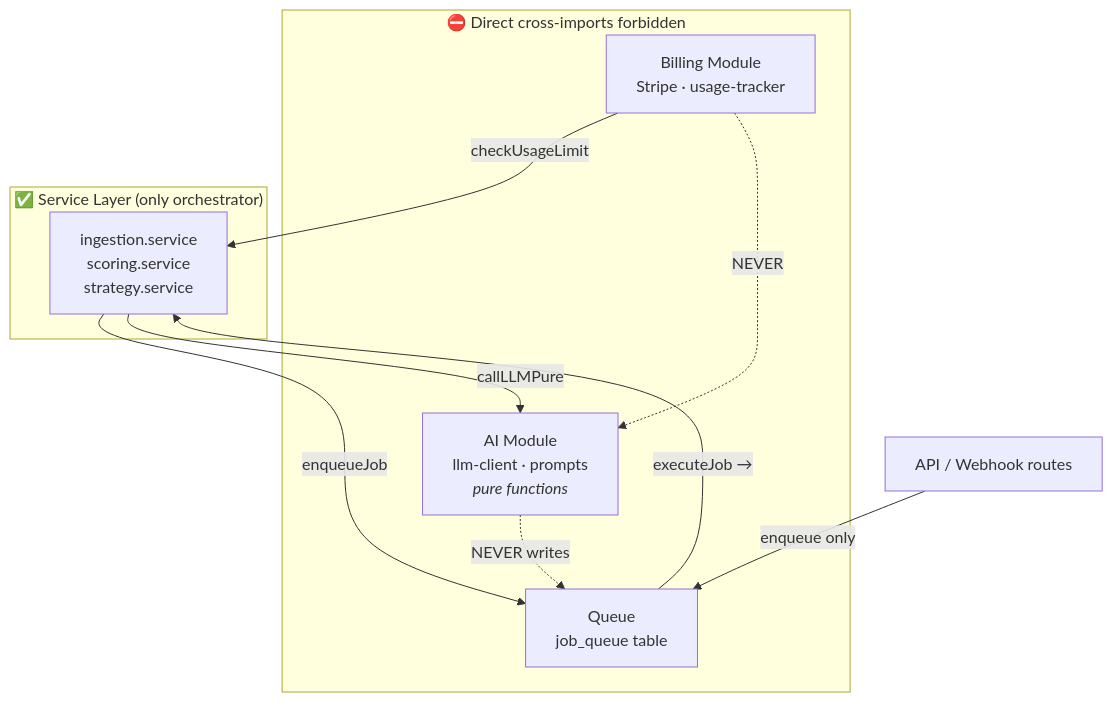
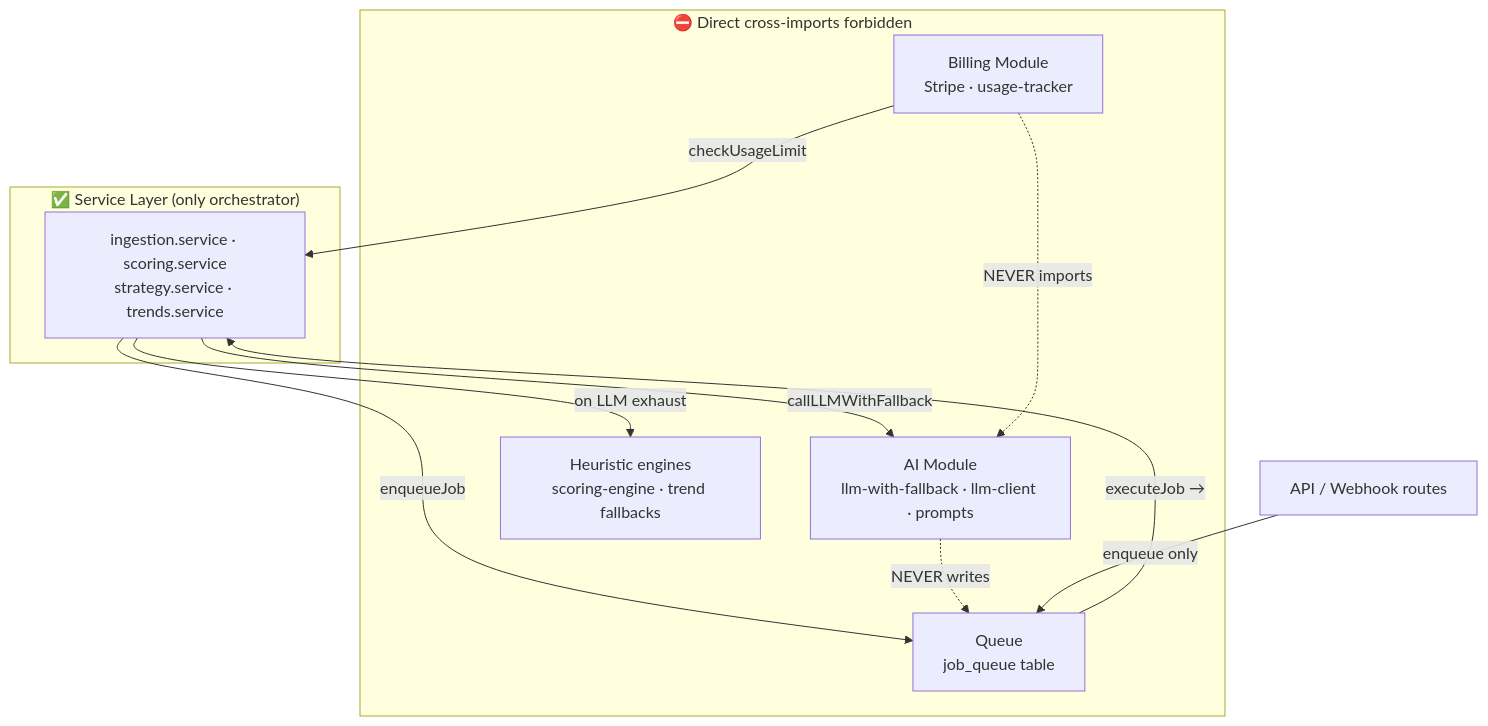
One commit to Jainam2848/ReelMetrics changed diagram 13 of 13 in trendoraa-seabs-spec.md. Above: the diagram before and after it, drawn with Mermaid. The commit also changed other lines of this file and 7 other files, not shown here.

First line of the commit message:
docs: align Mermaid diagrams across docs, spec, and playbook

````diff
--- a/trendoraa-seabs-spec.md
+++ b/trendoraa-seabs-spec.md
@@ -4244,21 +4294,23 @@
 ```mermaid
 flowchart TB
     subgraph Forbidden["⛔ Direct cross-imports forbidden"]
         BILL["Billing Module<br/>Stripe · usage-tracker"]
-        AI["AI Module<br/>llm-client · prompts<br/><i>pure functions</i>"]
+        AI["AI Module<br/>llm-with-fallback · llm-client · prompts"]
+        HEUR["Heuristic engines<br/>scoring-engine · trend fallbacks"]
         QUEUE["Queue<br/>job_queue table"]
     end
 
     subgraph Mediator["✅ Service Layer (only orchestrator)"]
-        SVC["ingestion.service<br/>scoring.service<br/>strategy.service"]
+        SVC["ingestion.service · scoring.service<br/>strategy.service · trends.service"]
     end
 
     BILL -->|"checkUsageLimit"| SVC
     SVC -->|"enqueueJob"| QUEUE
-    SVC -->|"callLLMPure"| AI
+    SVC -->|"callLLMWithFallback"| AI
+    SVC -->|"on LLM exhaust"| HEUR
     QUEUE -->|"executeJob →"| SVC
 
-    BILL -.->|"NEVER"| AI
+    BILL -.->|"NEVER imports"| AI
     AI -.->|"NEVER writes"| QUEUE
     API["API / Webhook routes"] -->|"enqueue only"| QUEUE
 ```
````
